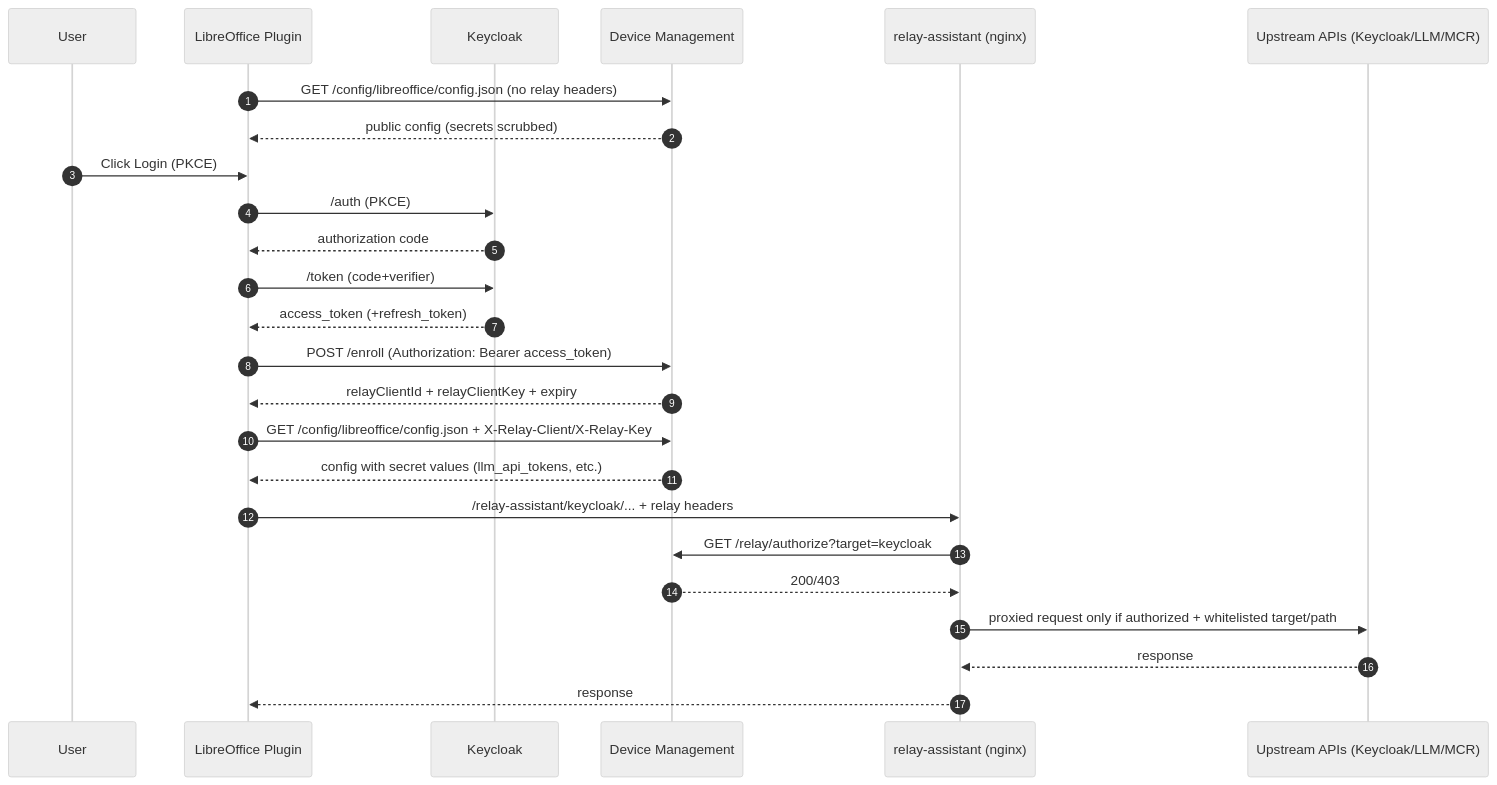
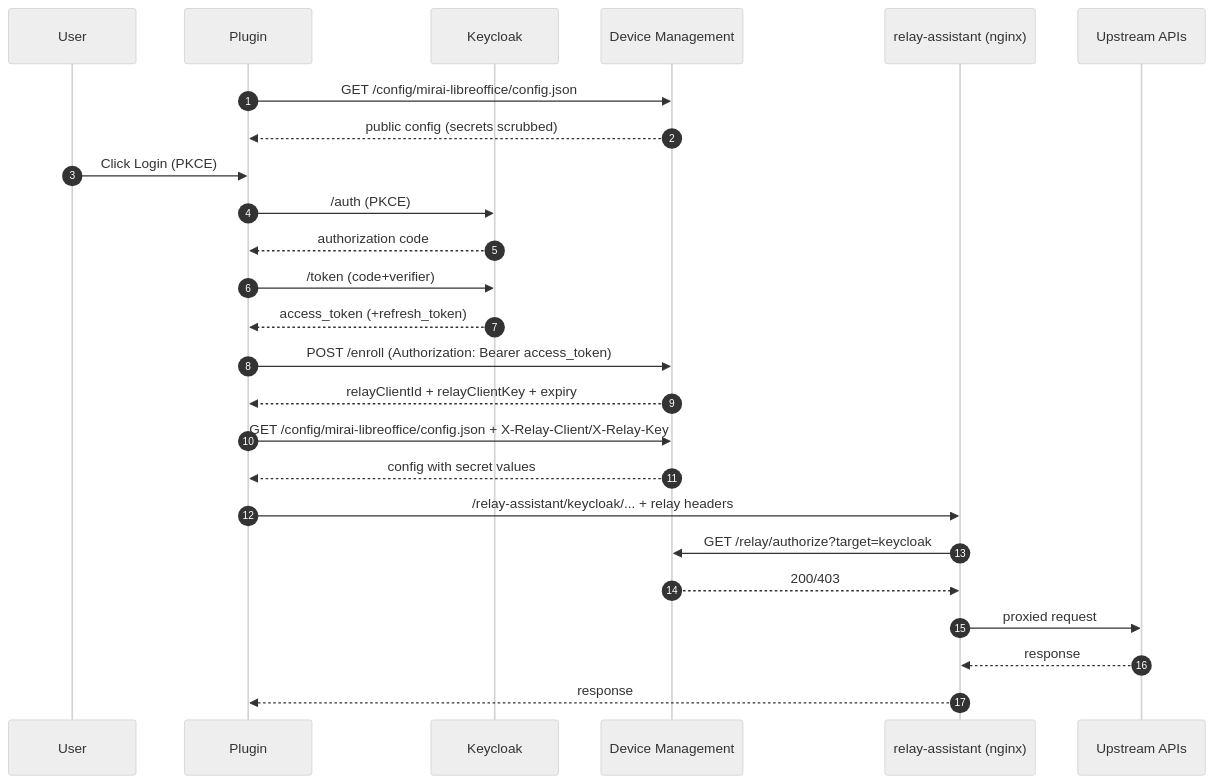
One commit to IA-Generative/device-management changed the first of 2 diagrams in README.md. Above: the diagram before and after it, drawn with Mermaid (neutral theme). The commit also changed other lines of this file and 25 other files, not shown here.

````diff
--- a/README.md
+++ b/README.md
@@ -156,32 +181,32 @@
 ```mermaid
 sequenceDiagram
   autonumber
   participant U as User
-  participant P as LibreOffice Plugin
+  participant P as Plugin
   participant KC as Keycloak
   participant DM as Device Management
   participant R as relay-assistant (nginx)
-  participant API as Upstream APIs (Keycloak/LLM/MCR)
+  participant API as Upstream APIs
 
-  P->>DM: GET /config/libreoffice/config.json (no relay headers)
+  P->>DM: GET /config/mirai-libreoffice/config.json
   DM-->>P: public config (secrets scrubbed)
 
   U->>P: Click Login (PKCE)
   P->>KC: /auth (PKCE)
   KC-->>P: authorization code
   P->>KC: /token (code+verifier)
   KC-->>P: access_token (+refresh_token)
 
   P->>DM: POST /enroll (Authorization: Bearer access_token)
   DM-->>P: relayClientId + relayClientKey + expiry
 
-  P->>DM: GET /config/libreoffice/config.json + X-Relay-Client/X-Relay-Key
-  DM-->>P: config with secret values (llm_api_tokens, etc.)
+  P->>DM: GET /config/mirai-libreoffice/config.json + X-Relay-Client/X-Relay-Key
+  DM-->>P: config with secret values
 
   P->>R: /relay-assistant/keycloak/... + relay headers
   R->>DM: GET /relay/authorize?target=keycloak
   DM-->>R: 200/403
-  R->>API: proxied request only if authorized + whitelisted target/path
+  R->>API: proxied request
   API-->>R: response
   R-->>P: response
 ```
````
